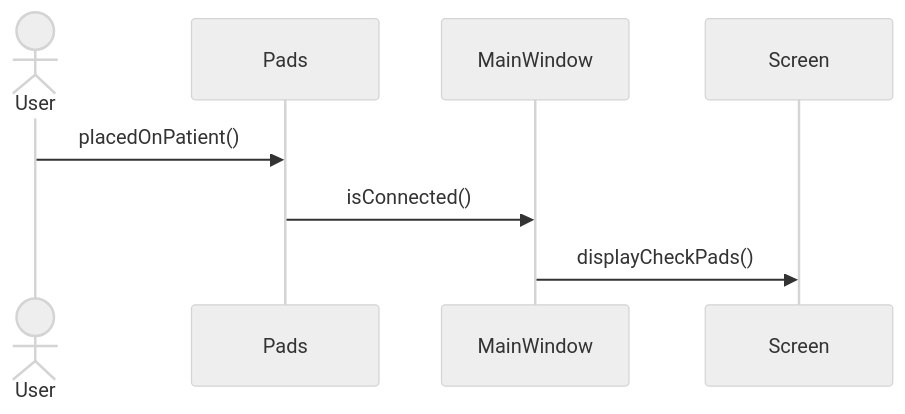
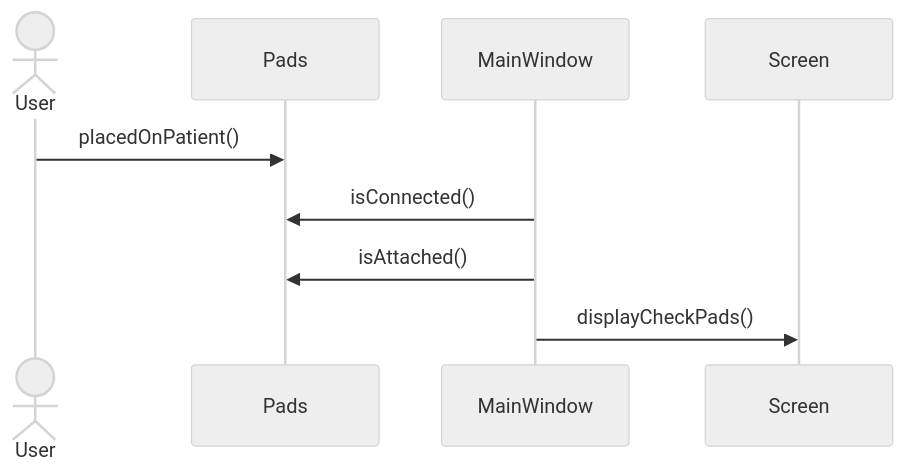
The eighth of 11 diagrams in README.md (SaturnOperator/AED-System), drawn with Mermaid (neutral theme) before and after one commit. The commit also changed other lines of this file, not shown here.

Commit message:
Update Sequence Diagrams

````diff
--- a/README.md
+++ b/README.md
@@ -148,7 +159,8 @@
 ```mermaid
 sequenceDiagram
 actor User
     User->>Pads: placedOnPatient()
-    Pads->>MainWindow: isConnected()
+    MainWindow->>Pads: isConnected()
+    MainWindow->>Pads: isAttached()
     MainWindow->>Screen: displayCheckPads()
 ```
````
